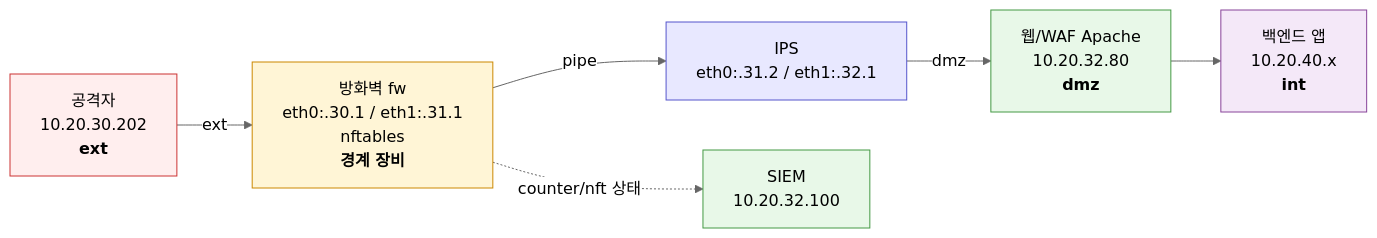
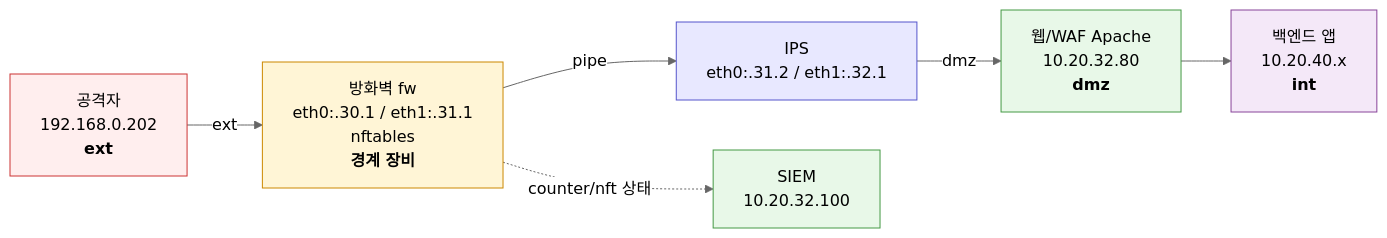
The diagram in contents/training/secuops/lecture_week02.md (mrgrit/tw2), drawn with Mermaid (neutral theme) before and after one commit. The commit also changed other lines of this file and 1 other file, not shown here.

````diff
--- a/contents/training/secuops/lecture_week02.md
+++ b/contents/training/secuops/lecture_week02.md
@@ -94,19 +94,19 @@
 ```mermaid
 flowchart LR
-  ATK[공격자<br/>10.20.30.202<br/><b>ext</b>]:::ext
+  ATK[공격자<br/>192.168.0.202<br/><b>ext</b>]:::ext
   FW[방화벽 fw<br/>eth0:.30.1 / eth1:.31.1<br/>nftables<br/><b>경계 장비</b>]:::fw
   IPS[IPS<br/>eth0:.31.2 / eth1:.32.1]:::ips
   WEB[웹/WAF Apache<br/>10.20.32.80<br/><b>dmz</b>]:::svc
   SIEM[SIEM<br/>10.20.32.100]:::svc
   APP[백엔드 앱<br/>10.20.40.x<br/><b>int</b>]:::int
 
   ATK -- ext --> FW -- pipe --> IPS -- dmz --> WEB
   WEB --> APP
   FW -. counter/nft 상태 .-> SIEM
 
   classDef ext fill:#fee,stroke:#c33
   classDef fw fill:#fff5d6,stroke:#c80
   classDef ips fill:#e8e8ff,stroke:#55c
   classDef svc fill:#e8f8e8,stroke:#494
   classDef int fill:#f4e8f8,stroke:#849
 ```
````
